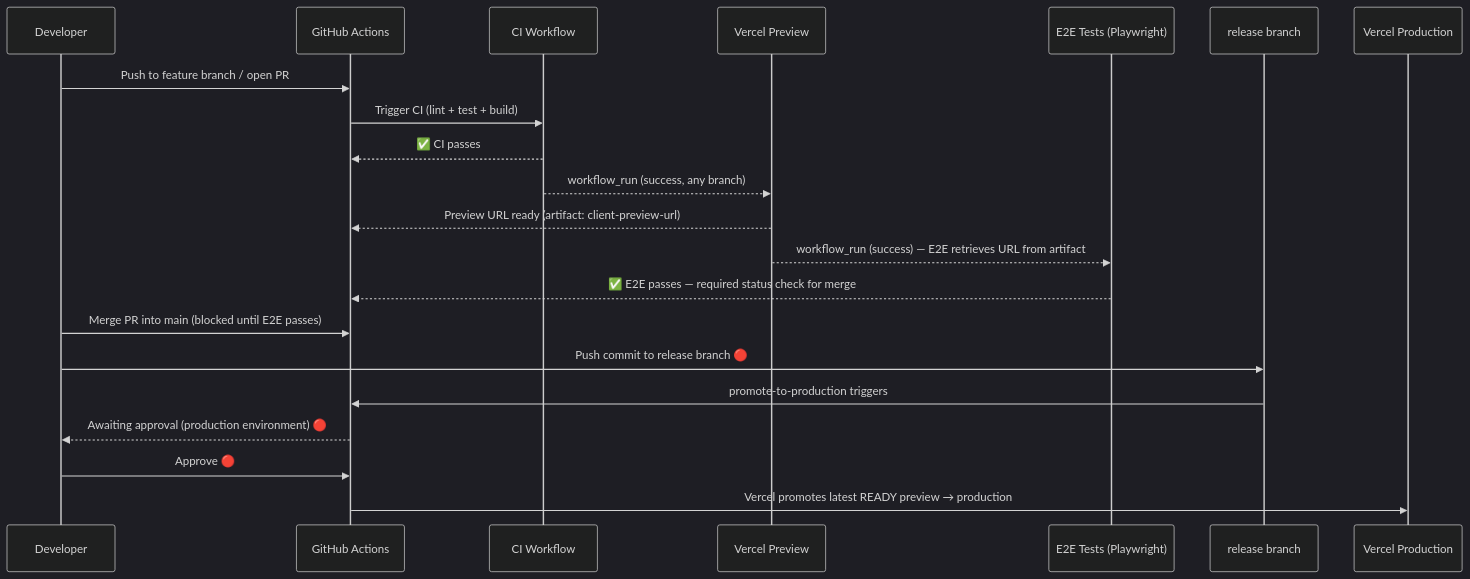
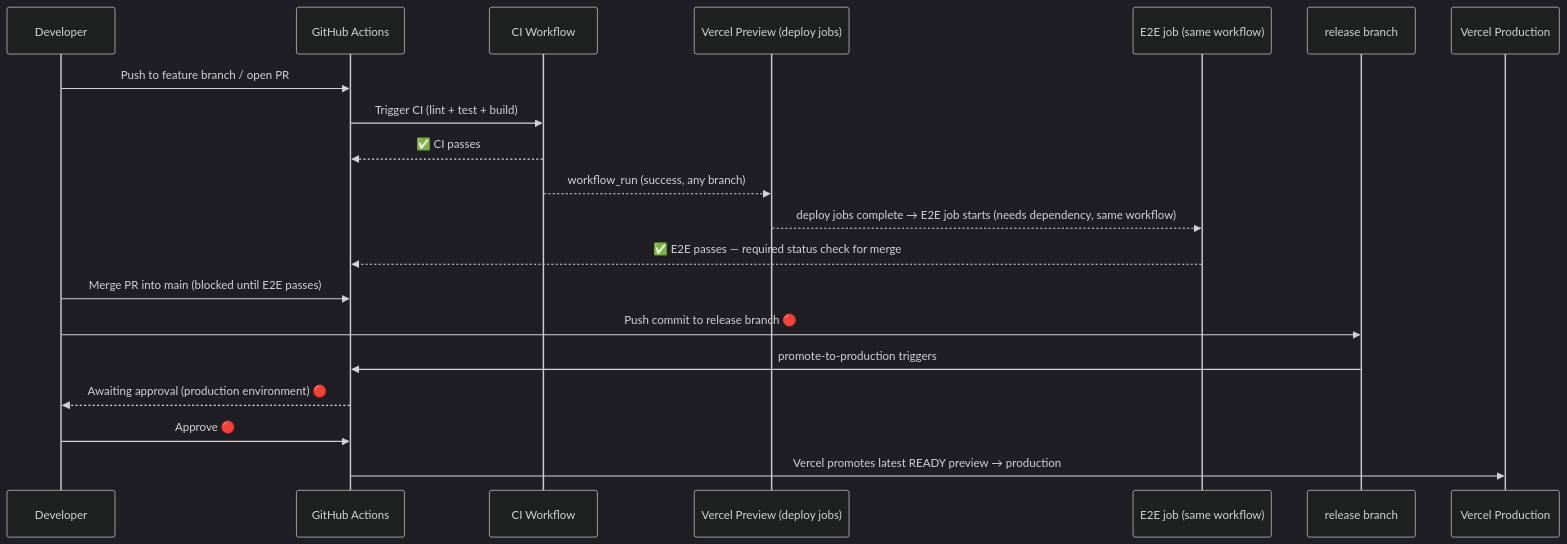
One commit to Khorolev/Ichnos_Protocol changed the diagram in DEPLOYMENT_GITHUB_ACTIONS.md. Above: the diagram before and after it, drawn with Mermaid (dark theme). The commit also changed other lines of this file and 3 other files, not shown here.

````diff
--- a/DEPLOYMENT_GITHUB_ACTIONS.md
+++ b/DEPLOYMENT_GITHUB_ACTIONS.md
@@ -7,24 +7,23 @@
 ```mermaid
 sequenceDiagram
     participant Dev as Developer
     participant GH as GitHub Actions
     participant CI as CI Workflow
-    participant VP as Vercel Preview
-    participant E2E as E2E Tests (Playwright)
+    participant VP as Vercel Preview (deploy jobs)
+    participant E2E as E2E job (same workflow)
     participant Rel as release branch
     participant Prod as Vercel Production
 
     Dev->>GH: Push to feature branch / open PR
     GH->>CI: Trigger CI (lint + test + build)
     CI-->>GH: ✅ CI passes
     CI-->>VP: workflow_run (success, any branch)
-    VP-->>GH: Preview URL ready (artifact: client-preview-url)
-    VP-->>E2E: workflow_run (success) — E2E retrieves URL from artifact
+    VP-->>E2E: deploy jobs complete → E2E job starts (needs dependency, same workflow)
     E2E-->>GH: ✅ E2E passes — required status check for merge
     Dev->>GH: Merge PR into main (blocked until E2E passes)
     Dev->>Rel: Push commit to release branch 🔴
     Rel->>GH: promote-to-production triggers
     GH-->>Dev: Awaiting approval (production environment) 🔴
     Dev->>GH: Approve 🔴
     GH->>Prod: Vercel promotes latest READY preview → production
 ```
````
